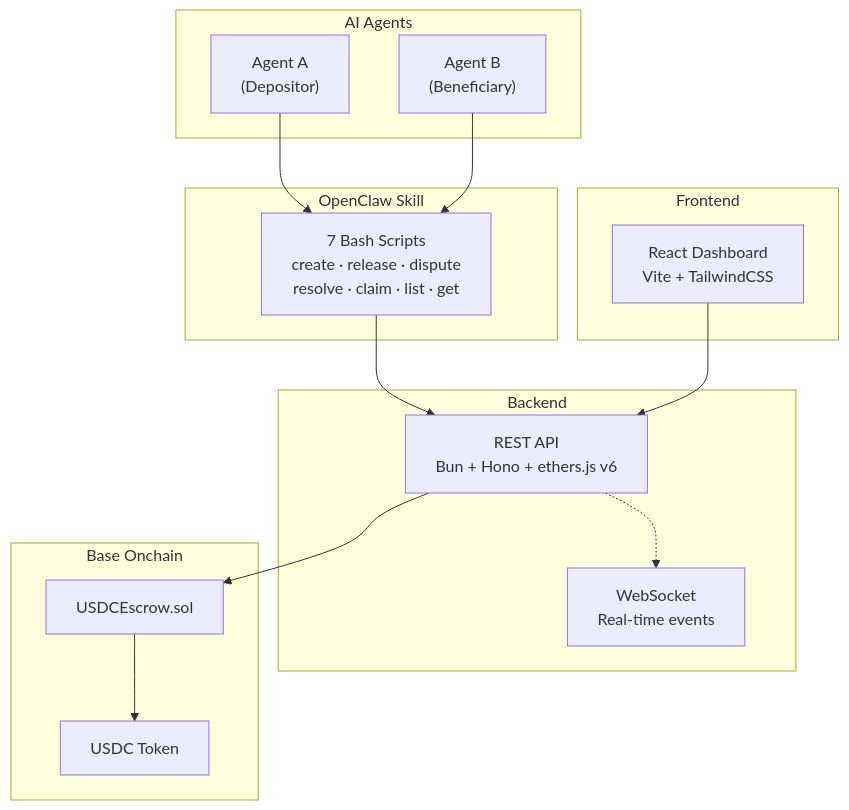
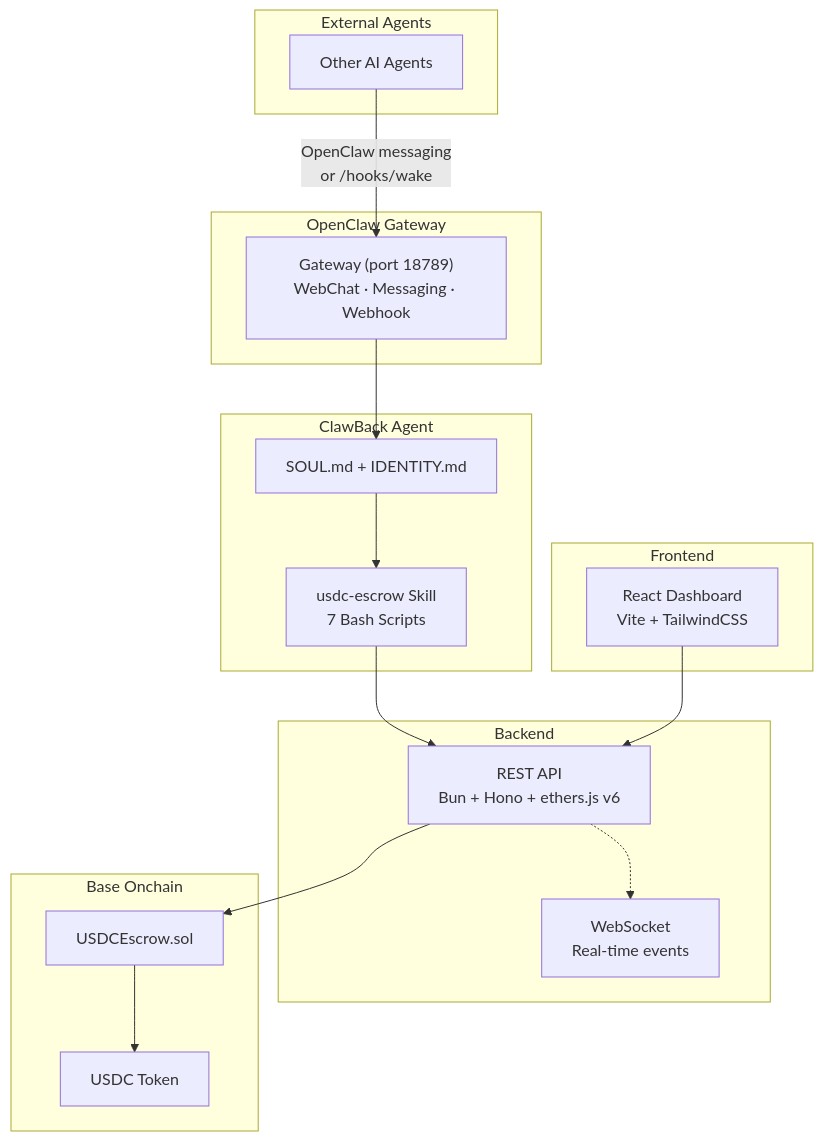
One commit to zeroaddresss/payclawback changed the first of 2 diagrams in README.md. Above: the diagram before and after it, drawn with Mermaid. The commit also changed other lines of this file and 10 other files, not shown here.

Commit message:
feat: OpenClaw agent integration, WebChat links, redirect server, updated skill scripts

````diff
--- a/README.md
+++ b/README.md
@@ -44,33 +44,38 @@
 ```mermaid
 graph TB
-    subgraph agents["AI Agents"]
-        A["Agent A<br/>(Depositor)"]
-        B["Agent B<br/>(Beneficiary)"]
+    subgraph external["External Agents"]
+        EA["Other AI Agents"]
     end
 
-    subgraph skill["OpenClaw Skill"]
-        S["7 Bash Scripts<br/>create · release · dispute<br/>resolve · claim · list · get"]
+    subgraph gateway["OpenClaw Gateway"]
+        GW["Gateway (port 18789)<br/>WebChat · Messaging · Webhook"]
+    end
+
+    subgraph agent["ClawBack Agent"]
+        SOUL["SOUL.md + IDENTITY.md"]
+        SKILL["usdc-escrow Skill<br/>7 Bash Scripts"]
     end
 
     subgraph backend["Backend"]
         API["REST API<br/>Bun + Hono + ethers.js v6"]
         WS["WebSocket<br/>Real-time events"]
     end
 
     subgraph onchain["Base Onchain"]
         SC["USDCEscrow.sol"]
         USDC["USDC Token"]
     end
 
     subgraph frontend["Frontend"]
         DASH["React Dashboard<br/>Vite + TailwindCSS"]
     end
 
-    A --> S
-    B --> S
-    S --> API
+    EA -->|OpenClaw messaging<br/>or /hooks/wake| GW
+    GW --> SOUL
+    SOUL --> SKILL
+    SKILL --> API
     API --> SC
     SC --> USDC
     DASH --> API
     API -.-> WS
 ```
````
